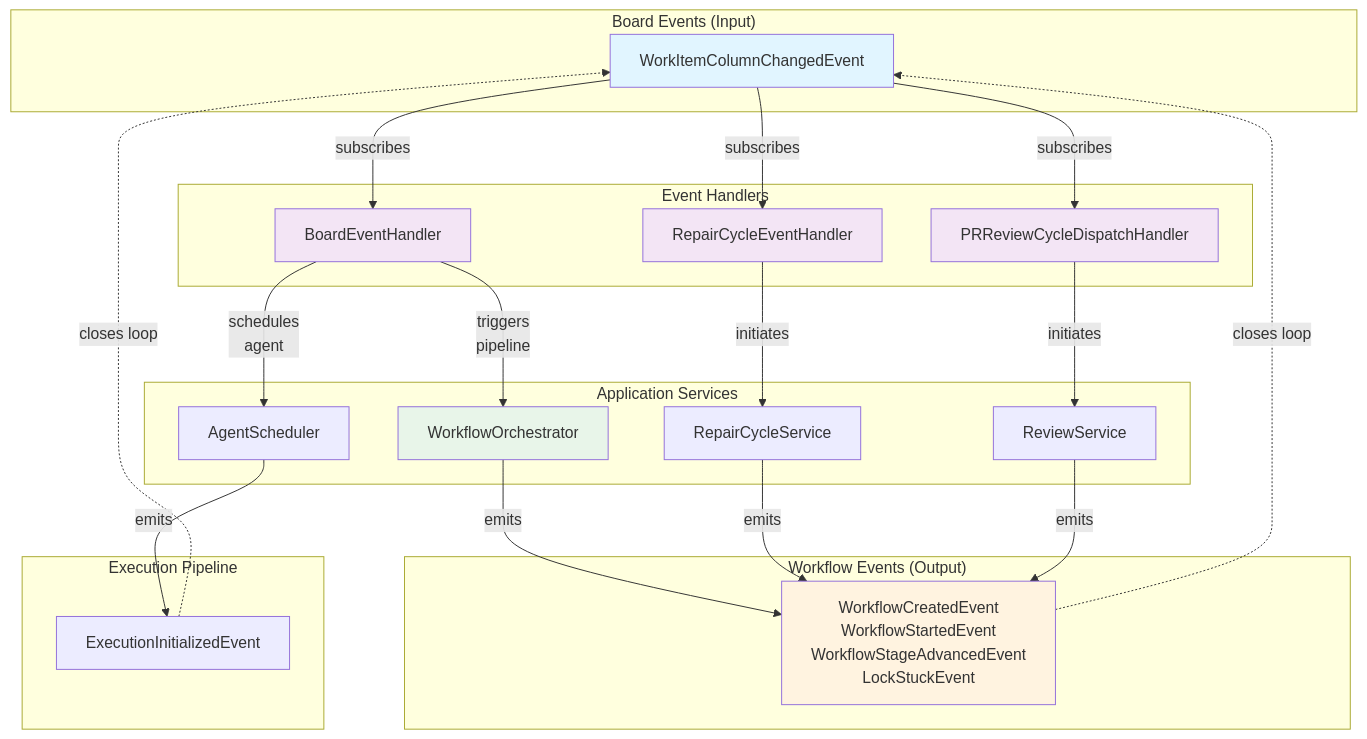
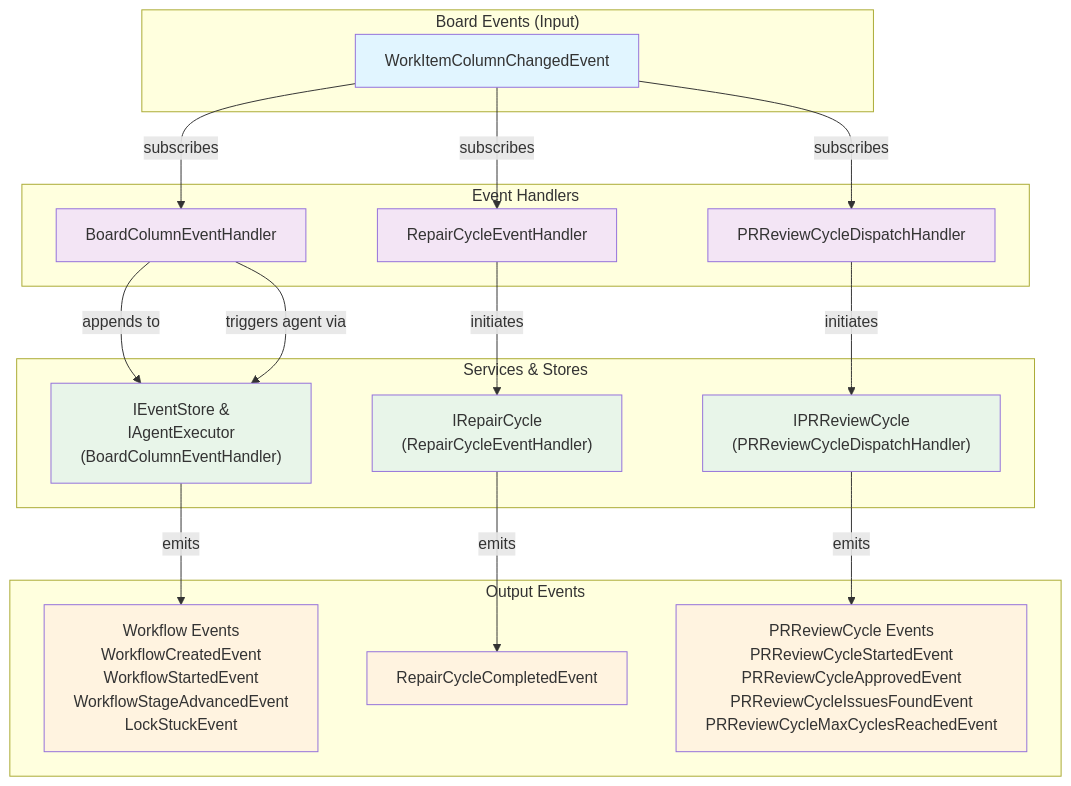
The first of 7 diagrams in documentation/architecture/application-services/event-handlers.md (tinkermonkey/codetoreum), drawn with Mermaid before and after one commit. The commit also changed other lines of this file, not shown here.

First paragraph of the commit message:
Fix Event Handler Documentation diagrams for accuracy
Corrected multiple inaccuracies in event handler flow diagrams:

````diff
--- a/documentation/architecture/application-services/event-handlers.md
+++ b/documentation/architecture/application-services/event-handlers.md
@@ -504,51 +504,48 @@
 ```mermaid
 flowchart TB
     subgraph "Board Events (Input)"
         E1["WorkItemColumnChangedEvent"]
     end
 
     subgraph "Event Handlers"
-        H1["BoardEventHandler"]
+        H1["BoardColumnEventHandler"]
         H2["RepairCycleEventHandler"]
         H3["PRReviewCycleDispatchHandler"]
     end
 
-    subgraph "Application Services"
-        S1["WorkflowOrchestrator"]
-        S2["AgentScheduler"]
-        S3["RepairCycleService"]
-        S4["ReviewService"]
+    subgraph "Services & Stores"
+        S1["IEventStore &<br/>IAgentExecutor<br/>(BoardColumnEventHandler)"]
+        S2["IRepairCycle<br/>(RepairCycleEventHandler)"]
+        S3["IPRReviewCycle<br/>(PRReviewCycleDispatchHandler)"]
     end
 
-    subgraph "Workflow Events (Output)"
-        E2["WorkflowCreatedEvent<br/>WorkflowStartedEvent<br/>WorkflowStageAdvancedEvent<br/>LockStuckEvent"]
-    end
-
-    subgraph "Execution Pipeline"
-        E3["ExecutionInitializedEvent"]
+    subgraph "Output Events"
+        E2["Workflow Events<br/>WorkflowCreatedEvent<br/>WorkflowStartedEvent<br/>WorkflowStageAdvancedEvent<br/>LockStuckEvent"]
+        E3["RepairCycleCompletedEvent"]
+        E4["PRReviewCycle Events<br/>PRReviewCycleStartedEvent<br/>PRReviewCycleApprovedEvent<br/>PRReviewCycleIssuesFoundEvent<br/>PRReviewCycleMaxCyclesReachedEvent"]
     end
 
     E1 -->|subscribes| H1
     E1 -->|subscribes| H2
     E1 -->|subscribes| H3
 
-    H1 -->|triggers<br/>pipeline| S1
-    H1 -->|schedules<br/>agent| S2
-    H2 -->|initiates| S3
-    H3 -->|initiates| S4
+    H1 -->|appends to| S1
+    H1 -->|triggers agent via| S1
+    H2 -->|initiates| S2
+    H3 -->|initiates| S3
 
     S1 -->|emits| E2
     S2 -->|emits| E3
-    S3 -->|emits| E2
-    S4 -->|emits| E2
-
-    E2 -.->|closes loop| E1
-    E3 -.->|closes loop| E1
+    S3 -->|emits| E4
 
     style E1 fill:#e1f5ff
     style H1 fill:#f3e5f5
     style H2 fill:#f3e5f5
     style H3 fill:#f3e5f5
     style S1 fill:#e8f5e9
+    style S2 fill:#e8f5e9
+    style S3 fill:#e8f5e9
     style E2 fill:#fff3e0
+    style E3 fill:#fff3e0
+    style E4 fill:#fff3e0
 ```
````
